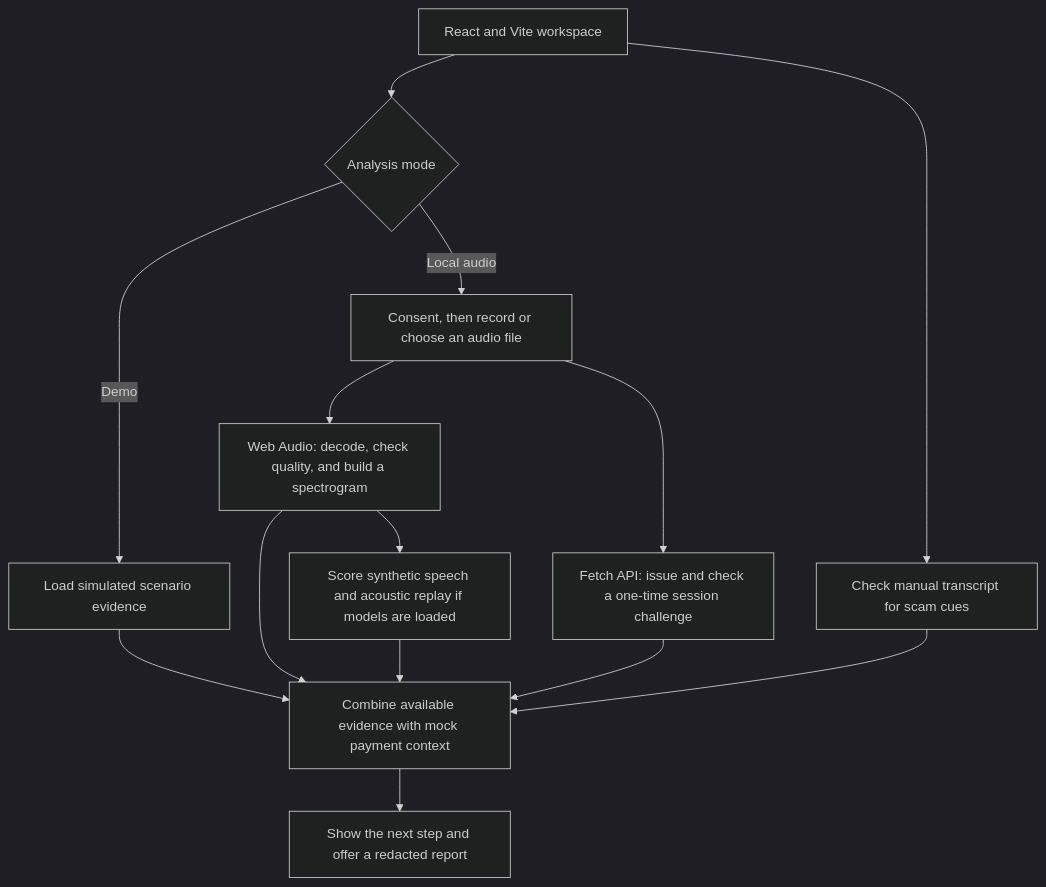
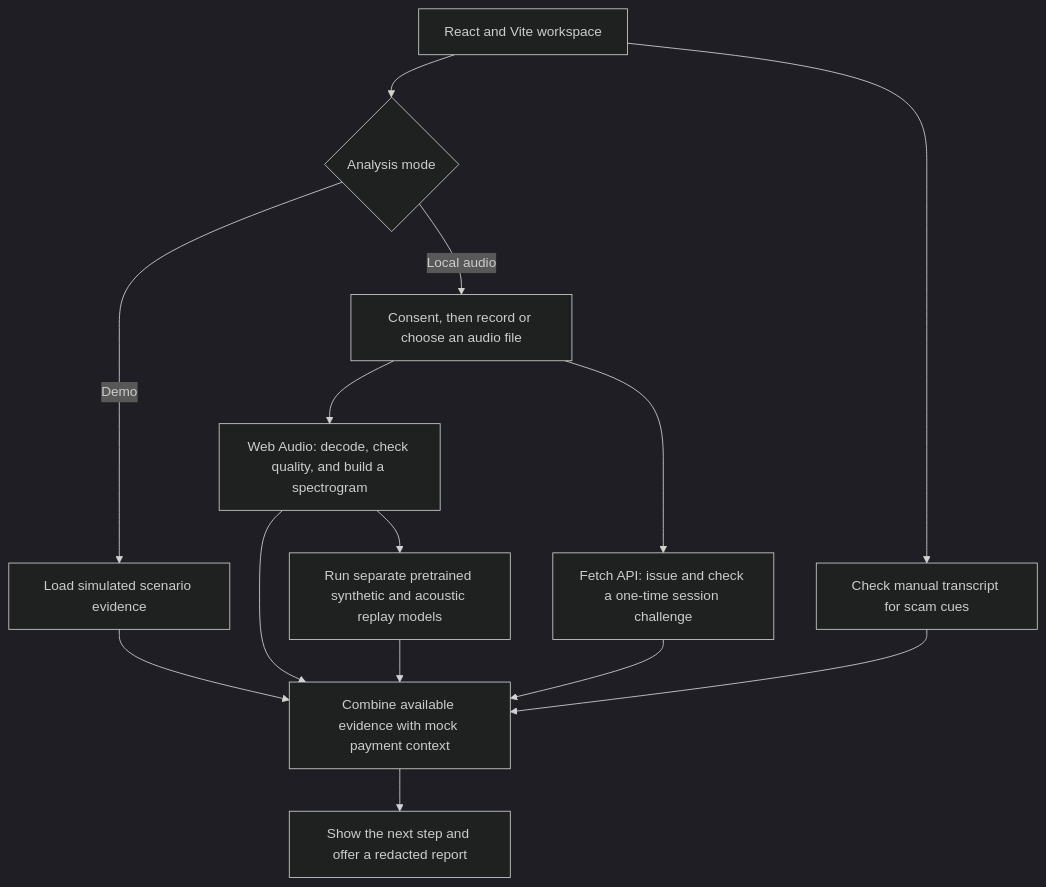
One commit to NmnK007/SpectraGuard changed the diagram in README.md. Above: the diagram before and after it, drawn with Mermaid (dark theme). The commit also changed other lines of this file and 20 other files, not shown here.

Commit message:
Add pretrained synthetic voice and acoustic replay detection

````diff
--- a/README.md
+++ b/README.md
@@ -38,16 +39,16 @@
 ```mermaid
 flowchart TD
     UI["React and Vite workspace"] --> MODE{"Analysis mode"}
     MODE -->|"Demo"| DEMO["Load simulated scenario evidence"]
     MODE -->|"Local audio"| CAP["Consent, then record or choose an audio file"]
     CAP --> DSP["Web Audio: decode, check quality, and build a spectrogram"]
     CAP --> SESSION["Fetch API: issue and check a one-time session challenge"]
-    DSP --> MODELS["Score synthetic speech and acoustic replay if models are loaded"]
+    DSP --> MODELS["Run separate pretrained synthetic and acoustic replay models"]
     UI --> TEXT["Check manual transcript for scam cues"]
     DEMO --> POLICY
     DSP --> POLICY
     MODELS --> POLICY
     SESSION --> POLICY
     TEXT --> POLICY
     POLICY["Combine available evidence with mock payment context"] --> OUTCOME["Show the next step and offer a redacted report"]
 ```
````
